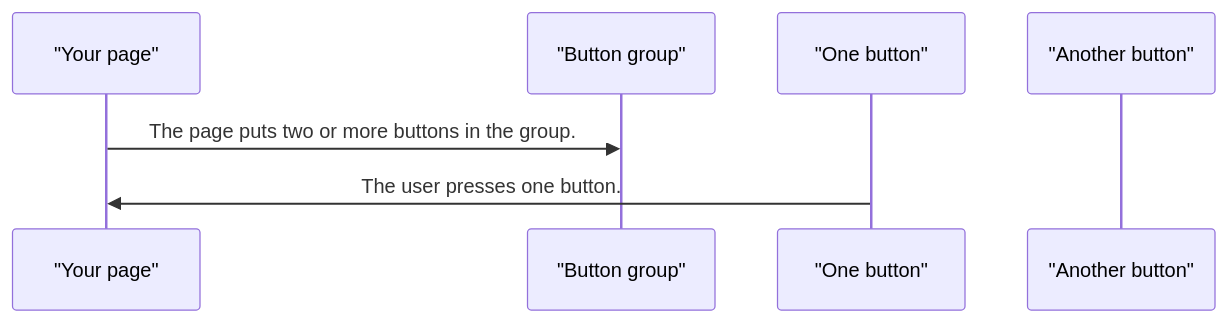
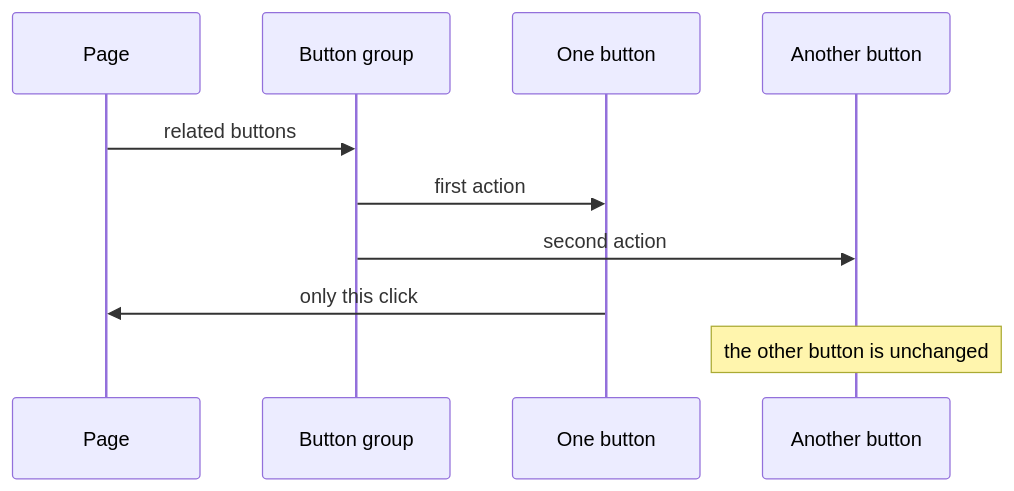
One commit to RajshekharBorate/pixel-ui changed the second of 3 diagrams in projects/pixel-ui/src/lib/pixel-button-group/DESIGN.md. Above: the diagram before and after it, drawn with Mermaid. The commit also changed other lines of this file and 73 other files, not shown here.

Commit message:
Explain who owns each value and what each flow does in every component and service design.

````diff
--- a/projects/pixel-ui/src/lib/pixel-button-group/DESIGN.md
+++ b/projects/pixel-ui/src/lib/pixel-button-group/DESIGN.md
@@ -48,9 +64,12 @@
 ```mermaid
 sequenceDiagram
-  participant page as "Your page"
-  participant group as "Button group"
-  participant one as "One button"
-  participant two as "Another button"
-  page->>group: The page puts two or more buttons in the group.
-  one->>page: The user presses one button.
+  participant Page
+  participant Group as Button group
+  participant One as One button
+  participant Two as Another button
+  Page->>Group: related buttons
+  Group->>One: first action
+  Group->>Two: second action
+  One->>Page: only this click
+  Note over Two: the other button is unchanged
 ```
````
